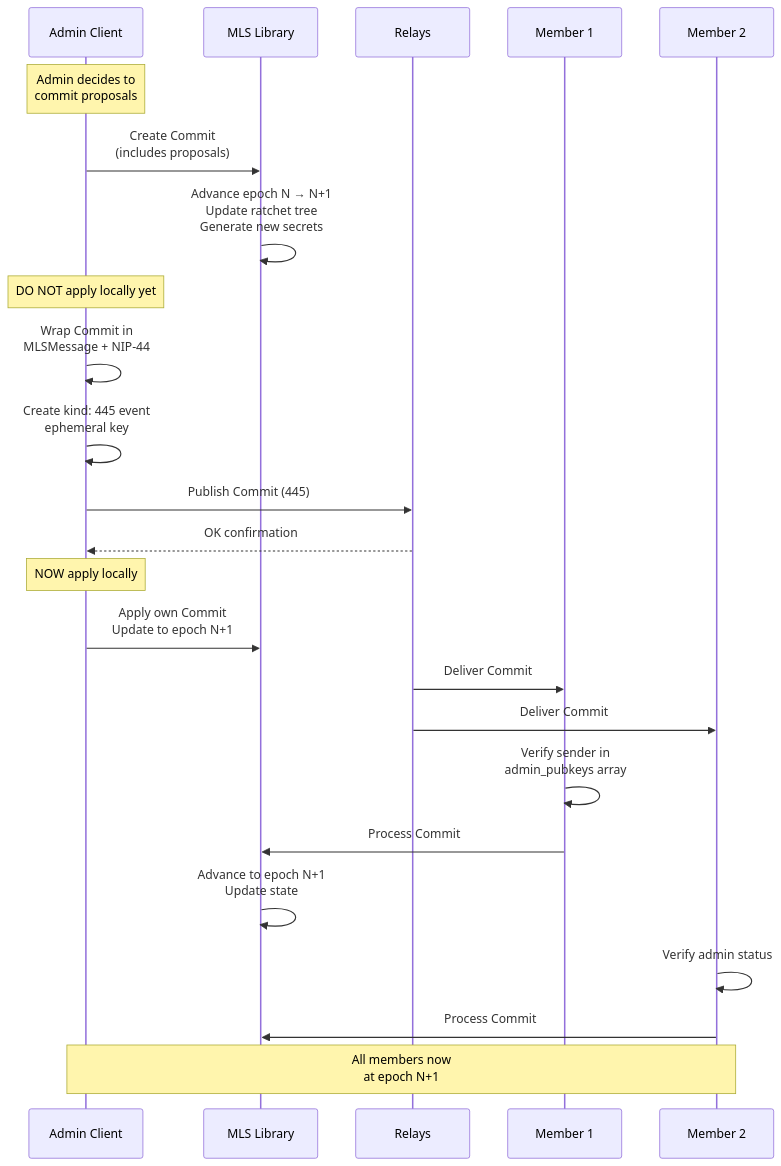
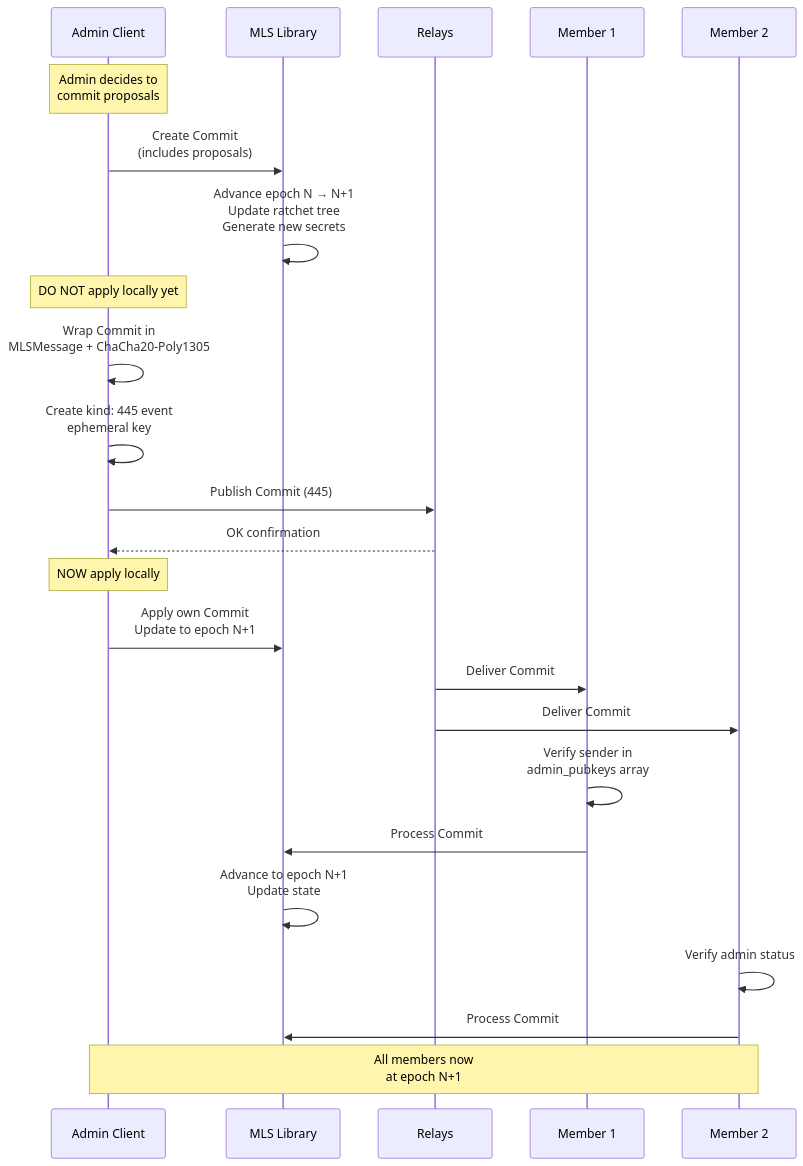
One commit to parres-hq/marmot changed the sixth of 9 diagrams in data_flows.md. Above: the diagram before and after it, drawn with Mermaid. The commit also changed other lines of this file and 4 other files, not shown here.

First line of the commit message:
docs: replace NIP-44 with ChaCha20-Poly1305 in companion docs and remove AAD from MIP-03

````diff
--- a/data_flows.md
+++ b/data_flows.md
@@ -330,42 +330,42 @@
 ```mermaid
 sequenceDiagram
     participant A as Admin Client
     participant MLS as MLS Library
     participant R as Relays
     participant M1 as Member 1
     participant M2 as Member 2
 
     Note over A: Admin decides to<br/>commit proposals
 
     A->>MLS: Create Commit<br/>(includes proposals)
 
     MLS->>MLS: Advance epoch N → N+1<br/>Update ratchet tree<br/>Generate new secrets
 
     Note over A: DO NOT apply locally yet
 
-    A->>A: Wrap Commit in<br/>MLSMessage + NIP-44
+    A->>A: Wrap Commit in<br/>MLSMessage + ChaCha20-Poly1305
 
     A->>A: Create kind: 445 event<br/>ephemeral key
 
     A->>R: Publish Commit (445)
 
     R-->>A: OK confirmation
 
     Note over A: NOW apply locally
 
     A->>MLS: Apply own Commit<br/>Update to epoch N+1
 
     R->>M1: Deliver Commit
     R->>M2: Deliver Commit
 
     M1->>M1: Verify sender in<br/>admin_pubkeys array
 
     M1->>MLS: Process Commit
 
     MLS->>MLS: Advance to epoch N+1<br/>Update state
 
     M2->>M2: Verify admin status
     M2->>MLS: Process Commit
 
     Note over A,M2: All members now<br/>at epoch N+1
 ```
````
